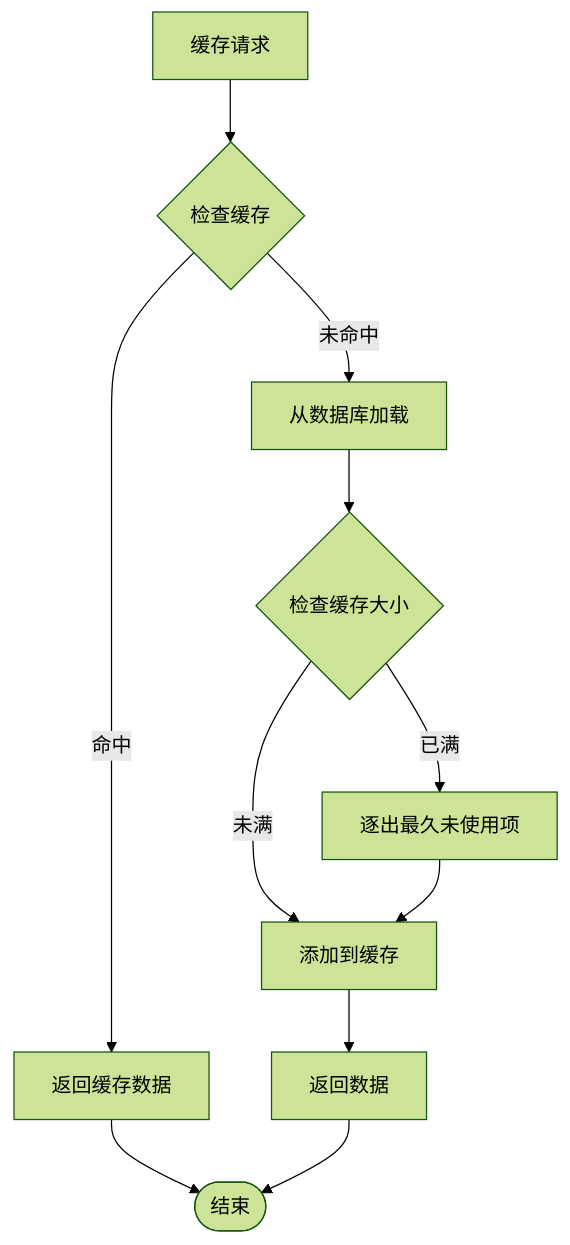
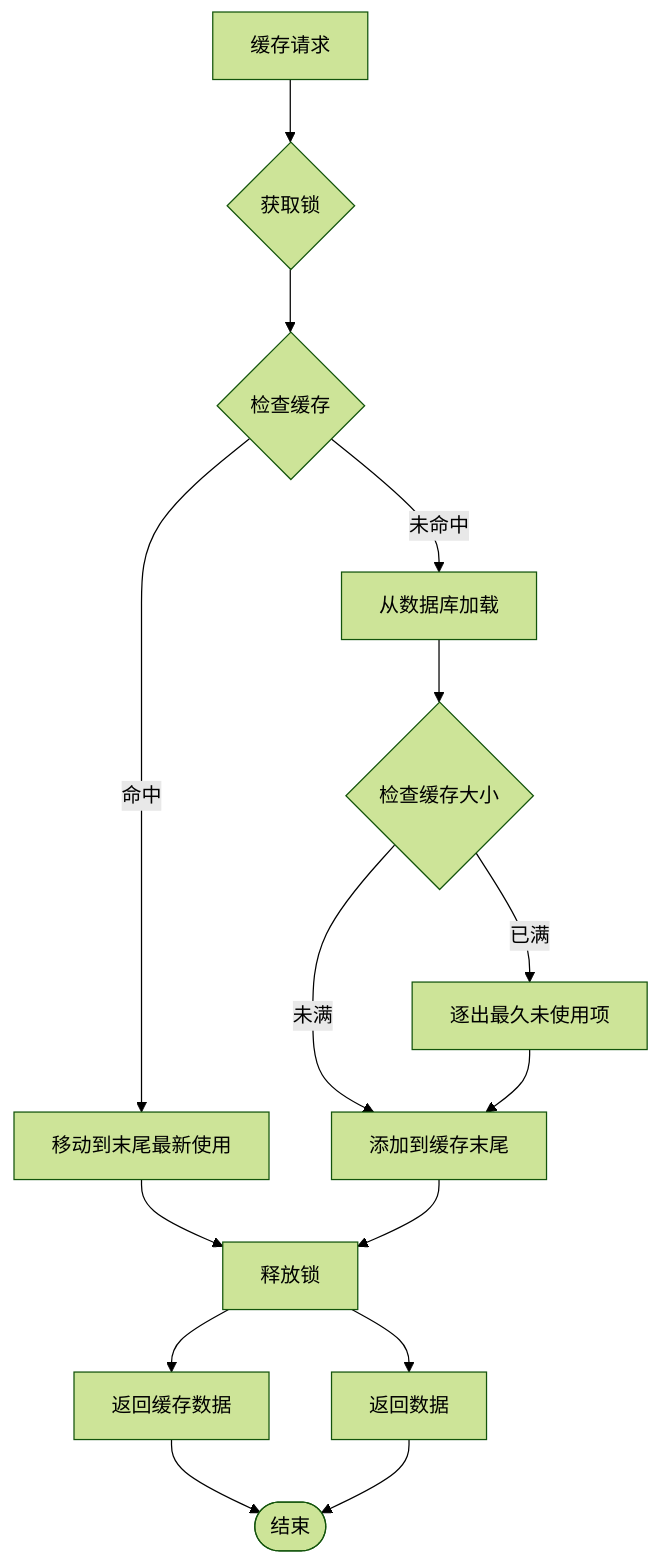
The seventh of 8 diagrams in .qoder/repowiki/zh/content/Python后端系统/共享状态管理系统.md (1173591564/academic-based-qoder), drawn with Mermaid (forest theme) before and after one commit. The commit also changed other lines of this file and 81 other files, not shown here.

````diff
--- a/.qoder/repowiki/zh/content/Python后端系统/共享状态管理系统.md
+++ b/.qoder/repowiki/zh/content/Python后端系统/共享状态管理系统.md
@@ -270,13 +293,17 @@
 ```mermaid
 flowchart TD
-Request[缓存请求] --> CheckCache{检查缓存}
-CheckCache --> |命中| ReturnCache[返回缓存数据]
+Request[缓存请求] --> AcquireLock{获取锁}
+AcquireLock --> CheckCache{检查缓存}
+CheckCache --> |命中| MoveToEnd[移动到末尾最新使用]
+MoveToEnd --> ReleaseLock[释放锁]
+ReleaseLock --> ReturnCache[返回缓存数据]
 CheckCache --> |未命中| LoadData[从数据库加载]
 LoadData --> CheckSize{检查缓存大小}
-CheckSize --> |未满| AddToCache[添加到缓存]
+CheckSize --> |未满| AddToCache[添加到缓存末尾]
 CheckSize --> |已满| EvictLRU[逐出最久未使用项]
 EvictLRU --> AddToCache
-AddToCache --> ReturnData[返回数据]
+AddToCache --> ReleaseLock
+ReleaseLock --> ReturnData[返回数据]
 ReturnCache --> End([结束])
 ReturnData --> End
 ```
````
